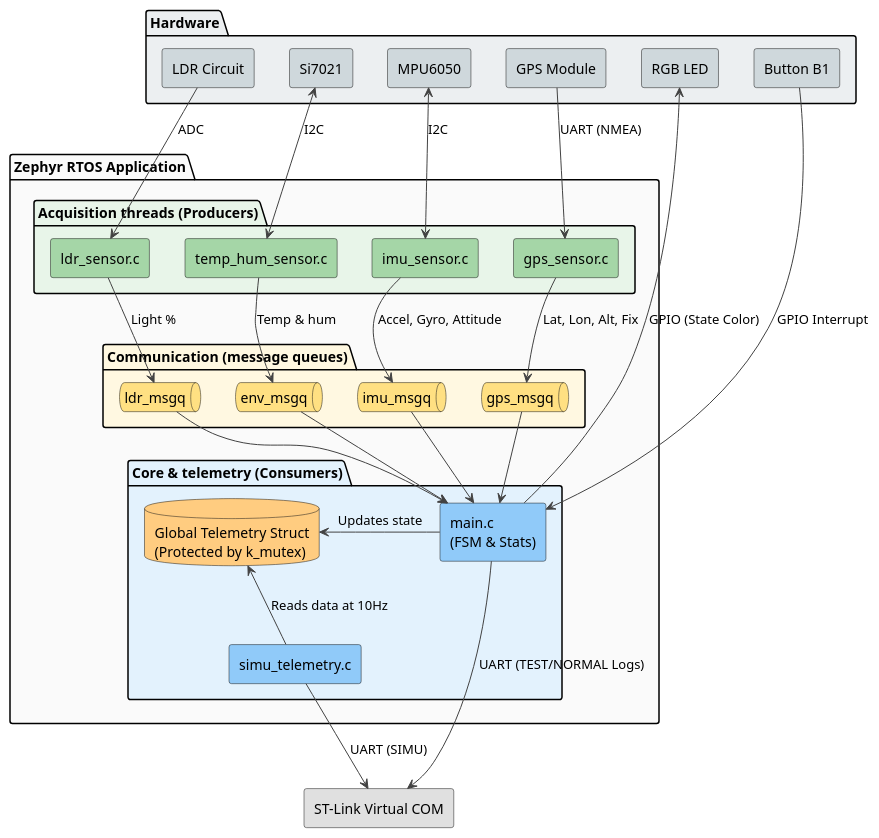
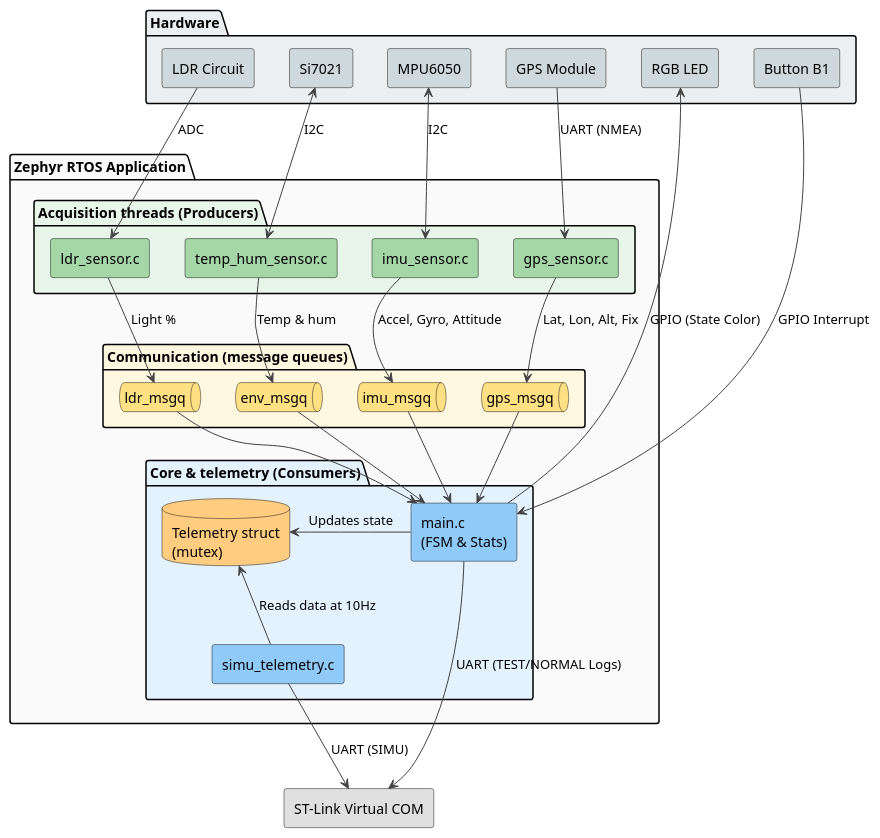
One commit to MathPln/drone-tracking-telemetry changed the diagram in implementation-diagram.puml. Above: the diagram before and after it, drawn with PlantUML.

Commit message:
[docs] - Small change in diagram

```diff
--- a/implementation-diagram.puml
+++ b/implementation-diagram.puml
@@ -1,71 +1,71 @@
 @startuml
 skinparam componentStyle rectangle
 skinparam shadowing false
 skinparam defaultFontName Arial
 skinparam ArrowColor #424242
 
 package "Hardware" #ECEFF1 {
     [LDR Circuit] as hw_ldr #CFD8DC
     [Si7021] as hw_env #CFD8DC
     [MPU6050] as hw_imu #CFD8DC
     [GPS Module] as hw_gps #CFD8DC
     [Button B1] as hw_btn #CFD8DC
     [RGB LED] as hw_led #CFD8DC
 }
 
 package "Zephyr RTOS Application" #FAFAFA {
     
     folder "Acquisition threads (Producers)" #E8F5E9 {
         [ldr_sensor.c] as ldr_thread #A5D6A7
         [temp_hum_sensor.c] as temp_hum_thread #A5D6A7
         [imu_sensor.c] as imu_thread #A5D6A7
         [gps_sensor.c] as gps_thread #A5D6A7
     }
 
     folder "Communication (message queues)" #FFF8E1 {
         queue "ldr_msgq" as q_ldr #FFE082
         queue "env_msgq" as q_env #FFE082
         queue "imu_msgq" as q_imu #FFE082
         queue "gps_msgq" as q_gps #FFE082
     }
 
     folder "Core & telemetry (Consumers)" #E3F2FD {
         [main.c\n(FSM & Stats)] as main_thread #90CAF9
         
-        database "Global Telemetry Struct\n(Protected by k_mutex)" as global_state #FFCC80
+        database "Telemetry struct\n(mutex)" as global_state #FFCC80
         
         [simu_telemetry.c] as simu_thread #90CAF9
     }
 }
 
 [ST-Link Virtual COM] as com_port #E0E0E0
 
 ' Hardware to Threads
 hw_ldr --> ldr_thread : ADC
 hw_env <--> temp_hum_thread : I2C
 hw_imu <--> imu_thread : I2C
 hw_gps --> gps_thread : UART (NMEA)
 hw_btn --> main_thread : GPIO Interrupt
 
 ' Threads to Queues
 ldr_thread --> q_ldr : Light %
 temp_hum_thread --> q_env : Temp & hum
 imu_thread --> q_imu : Accel, Gyro, Attitude
 gps_thread --> q_gps : Lat, Lon, Alt, Fix
 
 ' Queues to Core (Only main consumes)
 q_ldr --> main_thread
 q_env --> main_thread
 q_imu --> main_thread
 q_gps --> main_thread
 
 ' Core to State to Simu
 main_thread -l-> global_state : Updates state
 global_state <-d- simu_thread : Reads data at 10Hz
 
 ' Core to Outputs
 main_thread --> hw_led : GPIO (State Color)
 simu_thread --> com_port : UART (SIMU)
 main_thread --> com_port : UART (TEST/NORMAL Logs)
 
 @enduml
```
